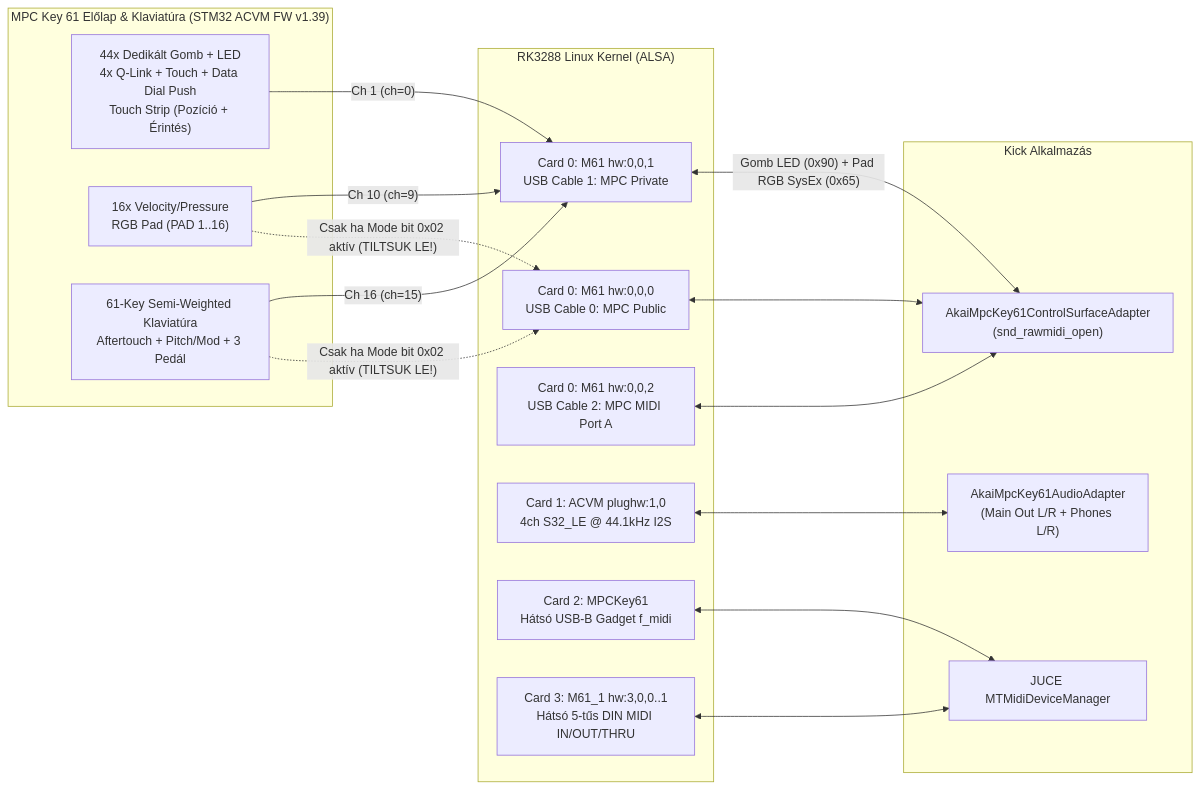
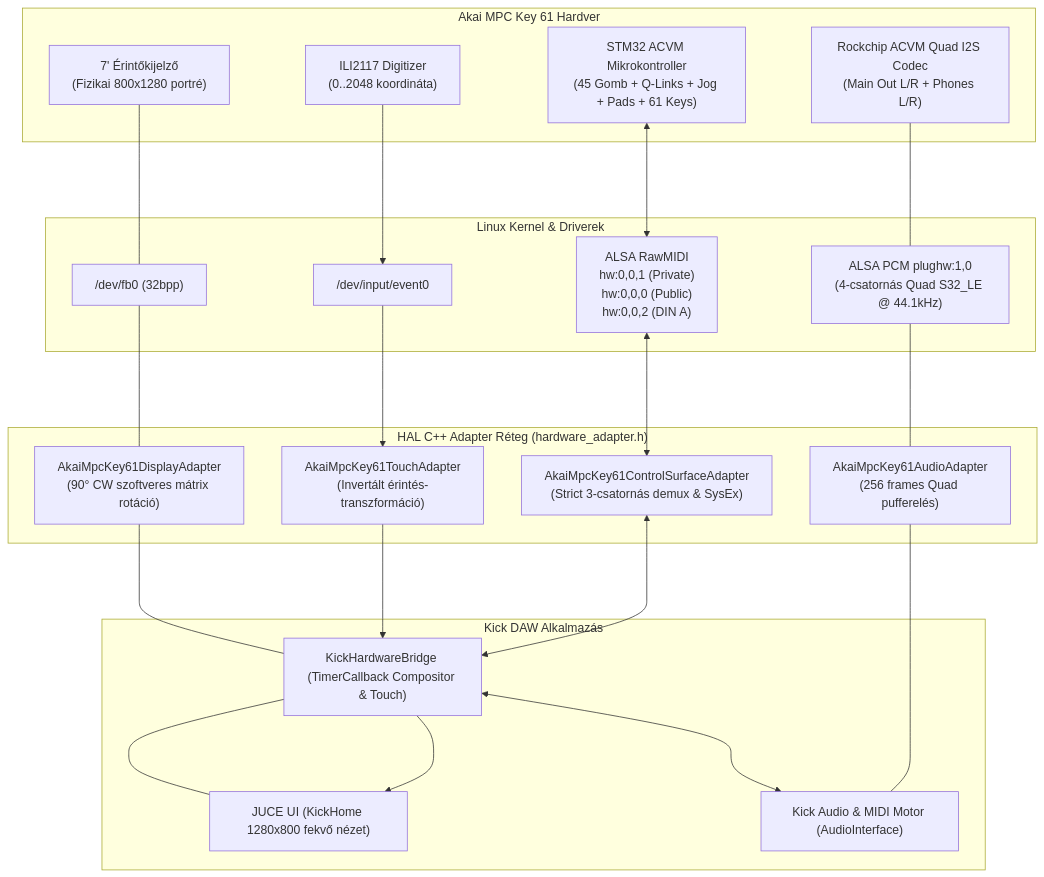
The diagram in docs/AKAI_MPC_KEY61_HARDWARE_REVIEW.md (Safian/0700-AAM), drawn with Mermaid before and after one commit. The commit also changed other lines of this file and 3 other files, not shown here.

````diff
--- a/docs/AKAI_MPC_KEY61_HARDWARE_REVIEW.md
+++ b/docs/AKAI_MPC_KEY61_HARDWARE_REVIEW.md
@@ -113,36 +92,34 @@
 ```mermaid
-flowchart LR
-    subgraph Panel["MPC Key 61 Előlap & Klaviatúra (STM32 ACVM FW v1.39)"]
-        BTN["44x Dedikált Gomb + LED\n4x Q-Link + Touch + Data Dial Push\nTouch Strip (Pozíció + Érintés)"]
-        PADS["16x Velocity/Pressure\nRGB Pad (PAD 1..16)"]
-        KEYS["61-Key Semi-Weighted Klaviatúra\nAftertouch + Pitch/Mod + 3 Pedál"]
+flowchart TD
+    subgraph AKAI["Akai MPC Key 61 Hardver"]
+        DISP_PHYS["7' Érintőkijelző\n(Fizikai 800x1280 portré)"]
+        TOUCH_PHYS["ILI2117 Digitizer\n(0..2048 koordináta)"]
+        STM32["STM32 ACVM Mikrokontroller\n(45 Gomb + Q-Links + Jog + Pads + 61 Keys)"]
+        CODEC["Rockchip ACVM Quad I2S Codec\n(Main Out L/R + Phones L/R)"]
     end
 
-    subgraph Linux["RK3288 Linux Kernel (ALSA)"]
-        C0P0["Card 0: M61 hw:0,0,0\nUSB Cable 0: MPC Public"]
-        C0P1["Card 0: M61 hw:0,0,1\nUSB Cable 1: MPC Private"]
-        C0P2["Card 0: M61 hw:0,0,2\nUSB Cable 2: MPC MIDI Port A"]
-        C1["Card 1: ACVM plughw:1,0\n4ch S32_LE @ 44.1kHz I2S"]
-        C2["Card 2: MPCKey61\nHátsó USB-B Gadget f_midi"]
-        C3["Card 3: M61_1 hw:3,0,0..1\nHátsó 5-tűs DIN MIDI IN/OUT/THRU"]
+    subgraph KERNEL["Linux Kernel & Driverek"]
+        FB["/dev/fb0 (32bpp)"]
+        EVDEV["/dev/input/event0"]
+        ALSA_MIDI["ALSA RawMIDI\nhw:0,0,1 (Private)\nhw:0,0,0 (Public)\nhw:0,0,2 (DIN A)"]
+        ALSA_PCM["ALSA PCM plughw:1,0\n(4-csatornás Quad S32_LE @ 44.1kHz)"]
     end
 
-    subgraph KickApp["Kick Alkalmazás"]
-        ADAPTER["AkaiMpcKey61ControlSurfaceAdapter\n(snd_rawmidi_open)"]
-        AUDIO["AkaiMpcKey61AudioAdapter\n(Main Out L/R + Phones L/R)"]
-        JUCEMIDI["JUCE MTMidiDeviceManager"]
+    subgraph HAL["HAL C++ Adapter Réteg (hardware_adapter.h)"]
+        D_ADAPT["AkaiMpcKey61DisplayAdapter\n(90° CW szoftveres mátrix rotáció)"]
+        T_ADAPT["AkaiMpcKey61TouchAdapter\n(Invertált érintés-transzformáció)"]
+        C_ADAPT["AkaiMpcKey61ControlSurfaceAdapter\n(Strict 3-csatornás demux & SysEx)"]
+        A_ADAPT["AkaiMpcKey61AudioAdapter\n(256 frames Quad pufferelés)"]
     end
 
-    BTN -->|"Ch 1 (ch=0)"| C0P1
-    PADS -->|"Ch 10 (ch=9)"| C0P1
-    KEYS -->|"Ch 16 (ch=15)"| C0P1
-    KEYS -.->|"Csak ha Mode bit 0x02 aktív (TILTSUK LE!)"| C0P0
-    PADS -.->|"Csak ha Mode bit 0x02 aktív (TILTSUK LE!)"| C0P0
+    subgraph DAW["Kick DAW Alkalmazás"]
+        BRIDGE["KickHardwareBridge (TimerCallback Compositor & Touch)"]
+        JUCE_UI["JUCE UI (KickHome 1280x800 fekvő nézet)"]
+        ENGINE["Kick Audio & MIDI Motor (AudioInterface)"]
+    end
 
-    C0P0 <--> ADAPTER
-    C0P1 <-->|"Gomb LED (0x90) + Pad RGB SysEx (0x65)"| ADAPTER
-    C0P2 <--> ADAPTER
-    C1 <--> AUDIO
-    C2 <--> JUCEMIDI
-    C3 <--> JUCEMIDI
+    DISP_PHYS <--- FB <--- D_ADAPT <--- BRIDGE <--- JUCE_UI
+    TOUCH_PHYS ---> EVDEV ---> T_ADAPT ---> BRIDGE ---> JUCE_UI
+    STM32 <---> ALSA_MIDI <---> C_ADAPT <---> BRIDGE <---> ENGINE
+    CODEC <--- ALSA_PCM <--- A_ADAPT <--- ENGINE
 ```
````
